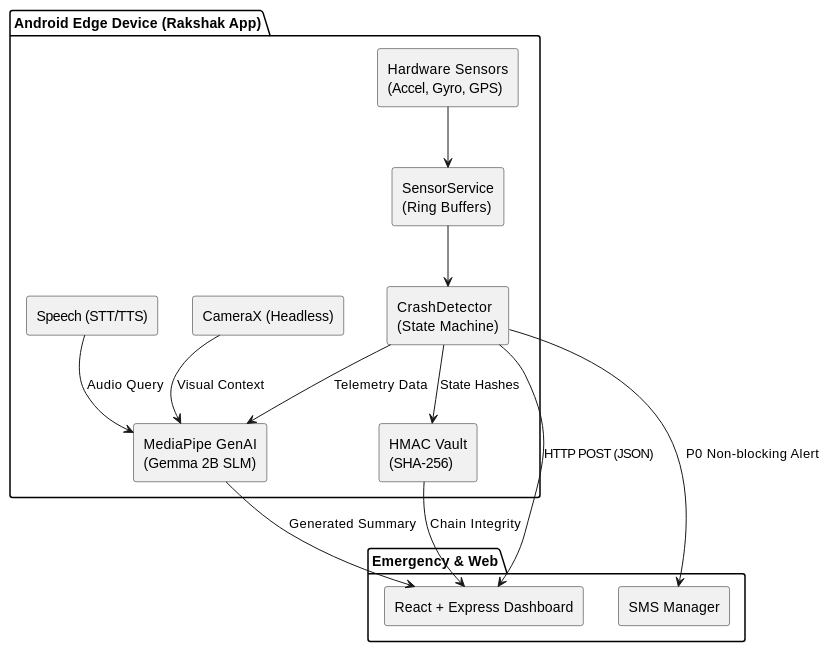
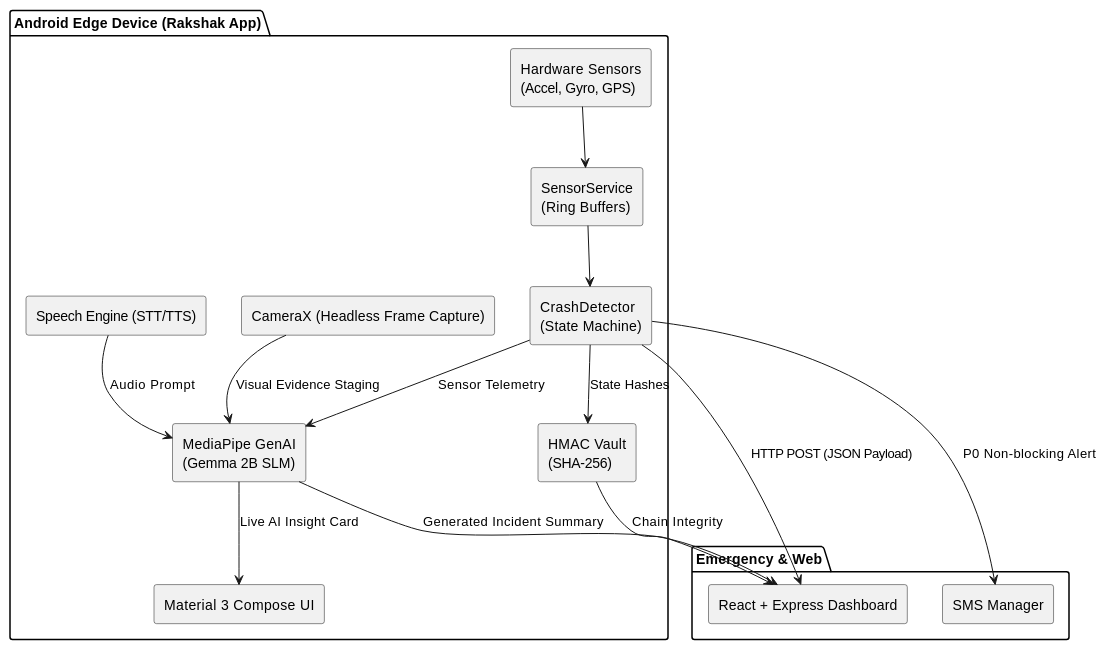
One commit to CodeWithRJ006/rakshak changed the first of 2 diagrams in README.md. Above: the diagram before and after it, drawn with PlantUML. The commit also changed other lines of this file and 4 other files, not shown here.

Commit message:
docs: Perform repo hygiene (remove scratch files), update README for M3 UI & Camera Staging

````diff
--- a/README.md
+++ b/README.md
@@ -29,35 +29,37 @@
 ```plantuml
 @startuml
 skinparam componentStyle rectangle
 skinparam backgroundColor transparent
 
 package "Android Edge Device (Rakshak App)" {
   [Hardware Sensors\n(Accel, Gyro, GPS)] as Sensors
-  [CameraX (Headless)] as Camera
-  [Speech (STT/TTS)] as Voice
+  [CameraX (Headless Frame Capture)] as Camera
+  [Speech Engine (STT/TTS)] as Voice
   
   [SensorService\n(Ring Buffers)] as Service
   [CrashDetector\n(State Machine)] as Detector
   
   [MediaPipe GenAI\n(Gemma 2B SLM)] as AI
   [HMAC Vault\n(SHA-256)] as Logger
+  [Material 3 Compose UI] as UI
   
   Sensors --> Service
   Service --> Detector
-  Camera --> AI : Visual Context
-  Voice --> AI : Audio Query
-  Detector --> AI : Telemetry Data
+  Camera --> AI : Visual Evidence Staging
+  Voice --> AI : Audio Prompt
+  Detector --> AI : Sensor Telemetry
   Detector --> Logger : State Hashes
+  AI --> UI : Live AI Insight Card
 }
 
 package "Emergency & Web" {
   [SMS Manager] as SMS
   [React + Express Dashboard] as Dashboard
 }
 
 Detector --> SMS : P0 Non-blocking Alert
-Detector --> Dashboard : HTTP POST (JSON)
+Detector --> Dashboard : HTTP POST (JSON Payload)
 Logger --> Dashboard : Chain Integrity
-AI --> Dashboard : Generated Summary
+AI --> Dashboard : Generated Incident Summary
 @enduml
 ```
````
